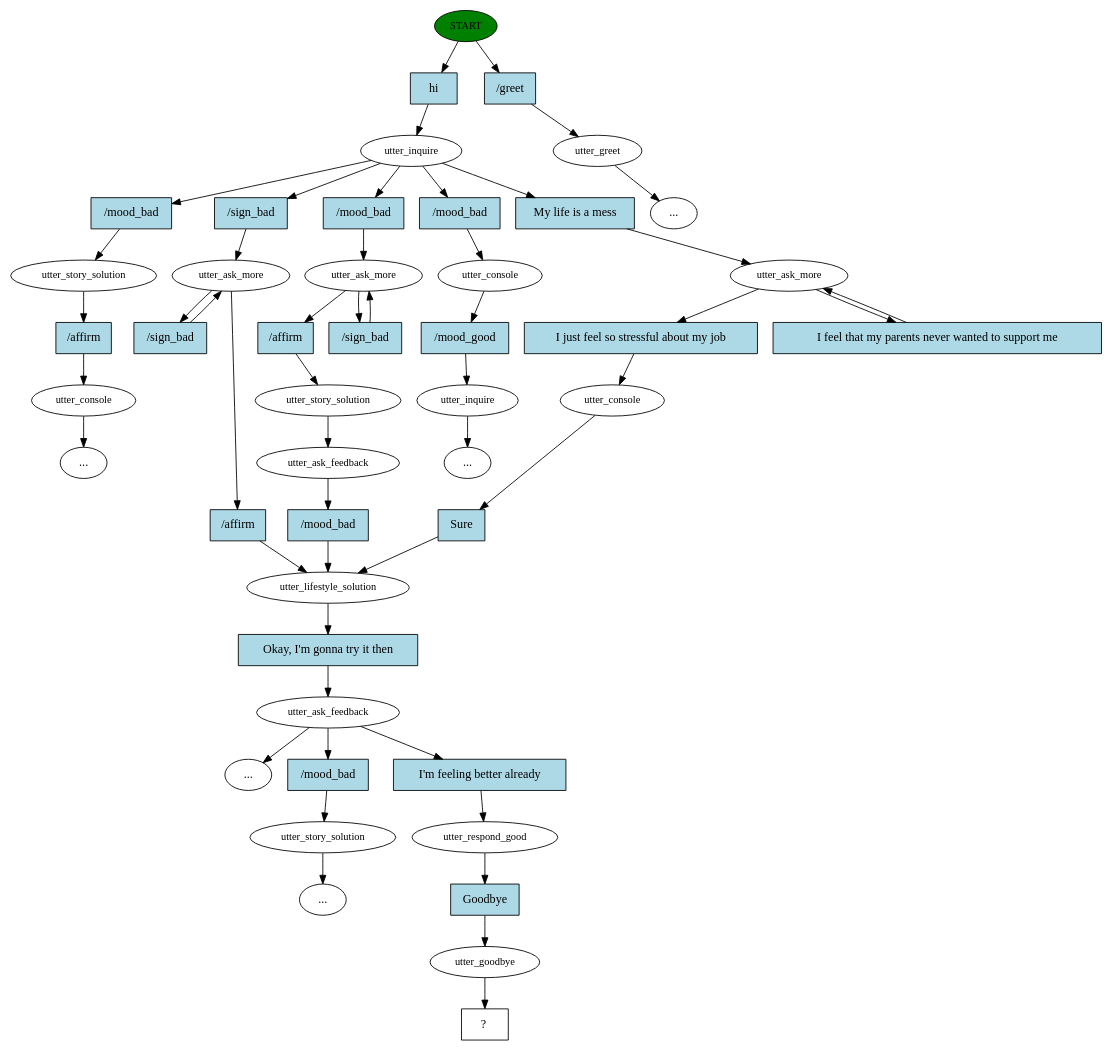
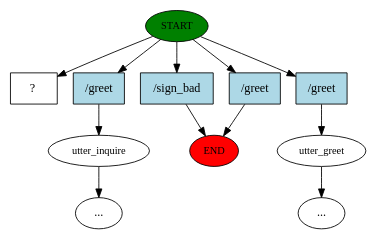
One commit to greenwichdn/AIGC changed the diagram in story_graph.dot. Above: the diagram before and after it, drawn with Graphviz. The commit also changed 10 other files, not shown here.

```diff
--- a/story_graph.dot
+++ b/story_graph.dot
@@ -1,96 +1,24 @@
 digraph  {
 0 [class="start active", fillcolor=green, fontsize=12, label=START, style=filled];
-1 [class=active, fontsize=12, label=utter_inquire];
-2 [class="", fontsize=12, label=utter_story_solution];
-3 [class="", fontsize=12, label=utter_console];
-"-3" [class=ellipsis, label="..."];
-4 [class="", fontsize=12, label=utter_greet];
-6 [class="", fontsize=12, label=utter_ask_more];
-9 [class=active, fontsize=12, label=utter_lifestyle_solution];
-10 [class=active, fontsize=12, label=utter_ask_feedback];
-11 [class="", fontsize=12, label=utter_story_solution];
-"-5" [class=ellipsis, label="..."];
-13 [class="", fontsize=12, label=utter_ask_more];
-15 [class="", fontsize=12, label=utter_story_solution];
-16 [class="", fontsize=12, label=utter_ask_feedback];
-"-6" [class=ellipsis, label="..."];
-20 [class="", fontsize=12, label=utter_console];
-21 [class="", fontsize=12, label=utter_inquire];
-"-7" [class=ellipsis, label="..."];
-"-9" [class=ellipsis, label="..."];
-25 [class=active, fontsize=12, label=utter_ask_more];
-27 [class=active, fontsize=12, label=utter_console];
-30 [class=active, fontsize=12, label=utter_respond_good];
-31 [class=active, fontsize=12, label=utter_goodbye];
-32 [class="intent dashed active", label="  ?  ", shape=rect];
-33 [class="intent active", fillcolor=lightblue, label=hi, shape=rect, style=filled];
+"-1" [class=end, fillcolor=red, fontsize=12, label=END, style=filled];
+1 [class="", fontsize=12, label=utter_inquire];
+23 [class="", fontsize=12, label=utter_greet];
+"-30" [class=ellipsis, label="..."];
+"-34" [class=ellipsis, label="..."];
+33 [class="intent dashed active", label="  ?  ", shape=rect];
 34 [class=intent, fillcolor=lightblue, label="\/greet", shape=rect, style=filled];
-35 [class=intent, fillcolor=lightblue, label="\/mood_bad", shape=rect, style=filled];
-36 [class=intent, fillcolor=lightblue, label="\/sign_bad", shape=rect, style=filled];
-37 [class=intent, fillcolor=lightblue, label="\/mood_bad", shape=rect, style=filled];
-38 [class=intent, fillcolor=lightblue, label="\/mood_bad", shape=rect, style=filled];
-39 [class="intent active", fillcolor=lightblue, label="My\ life\ is\ a\ mess", shape=rect, style=filled];
-40 [class=intent, fillcolor=lightblue, label="\/affirm", shape=rect, style=filled];
-41 [class=intent, fillcolor=lightblue, label="\/sign_bad", shape=rect, style=filled];
-42 [class=intent, fillcolor=lightblue, label="\/affirm", shape=rect, style=filled];
-43 [class="intent active", fillcolor=lightblue, label="Okay\,\ I\'m\ gonna\ try\ it\ then", shape=rect, style=filled];
-44 [class=intent, fillcolor=lightblue, label="\/mood_bad", shape=rect, style=filled];
-45 [class="intent active", fillcolor=lightblue, label="I\'m\ feeling\ better\ already", shape=rect, style=filled];
-46 [class=intent, fillcolor=lightblue, label="\/affirm", shape=rect, style=filled];
-47 [class=intent, fillcolor=lightblue, label="\/sign_bad", shape=rect, style=filled];
-48 [class=intent, fillcolor=lightblue, label="\/mood_bad", shape=rect, style=filled];
-49 [class=intent, fillcolor=lightblue, label="\/mood_good", shape=rect, style=filled];
-50 [class="intent active", fillcolor=lightblue, label="I\ just\ feel\ so\ stressful\ about\ my\ job", shape=rect, style=filled];
-51 [class="intent active", fillcolor=lightblue, label="I\ feel\ that\ my\ parents\ never\ wanted\ to\ support\ me", shape=rect, style=filled];
-52 [class="intent active", fillcolor=lightblue, label=Sure, shape=rect, style=filled];
-53 [class="intent active", fillcolor=lightblue, label=Goodbye, shape=rect, style=filled];
-0 -> 33  [class=active, key=0];
+35 [class=intent, fillcolor=lightblue, label="\/sign_bad", shape=rect, style=filled];
+36 [class=intent, fillcolor=lightblue, label="\/greet", shape=rect, style=filled];
+37 [class=intent, fillcolor=lightblue, label="\/greet", shape=rect, style=filled];
+0 -> 33  [class=active, key=NONE, label=""];
 0 -> 34  [class="", key=0];
-1 -> 35  [class="", key=0];
-1 -> 36  [class="", key=0];
-1 -> 37  [class="", key=0];
-1 -> 38  [class="", key=0];
-1 -> 39  [class=active, key=0];
-2 -> 40  [class="", key=0];
-3 -> "-3"  [class="", key=NONE, label=""];
-4 -> "-9"  [class="", key=NONE, label=""];
-6 -> 41  [class="", key=0];
-6 -> 42  [class="", key=0];
-9 -> 43  [class=active, key=0];
-10 -> "-6"  [class="", key=NONE, label=""];
-10 -> 44  [class="", key=0];
-10 -> 45  [class=active, key=0];
-11 -> "-5"  [class="", key=NONE, label=""];
-13 -> 46  [class="", key=0];
-13 -> 47  [class="", key=0];
-15 -> 16  [class="", key=NONE, label=""];
-16 -> 48  [class="", key=0];
-20 -> 49  [class="", key=0];
-21 -> "-7"  [class="", key=NONE, label=""];
-25 -> 50  [class=active, key=0];
-25 -> 51  [class=active, key=0];
-27 -> 52  [class=active, key=0];
-30 -> 53  [class=active, key=0];
-31 -> 32  [class=active, key=NONE, label=""];
-33 -> 1  [class=active, key=0];
-34 -> 4  [class="", key=0];
-35 -> 2  [class="", key=0];
-36 -> 6  [class="", key=0];
-37 -> 13  [class="", key=0];
-38 -> 20  [class="", key=0];
-39 -> 25  [class=active, key=0];
-40 -> 3  [class="", key=0];
-41 -> 6  [class="", key=0];
-42 -> 9  [class="", key=0];
-43 -> 10  [class=active, key=0];
-44 -> 11  [class="", key=0];
-45 -> 30  [class=active, key=0];
-46 -> 15  [class="", key=0];
-47 -> 13  [class="", key=0];
-48 -> 9  [class="", key=0];
-49 -> 21  [class="", key=0];
-50 -> 27  [class=active, key=0];
-51 -> 25  [class=active, key=0];
-52 -> 9  [class=active, key=0];
-53 -> 31  [class=active, key=0];
+0 -> 35  [class="", key=0];
+0 -> 36  [class="", key=0];
+0 -> 37  [class="", key=0];
+1 -> "-34"  [class="", key=NONE, label=""];
+23 -> "-30"  [class="", key=NONE, label=""];
+34 -> 1  [class="", key=0];
+35 -> "-1"  [class="", key=0];
+36 -> "-1"  [class="", key=0];
+37 -> 23  [class="", key=0];
 }
```
